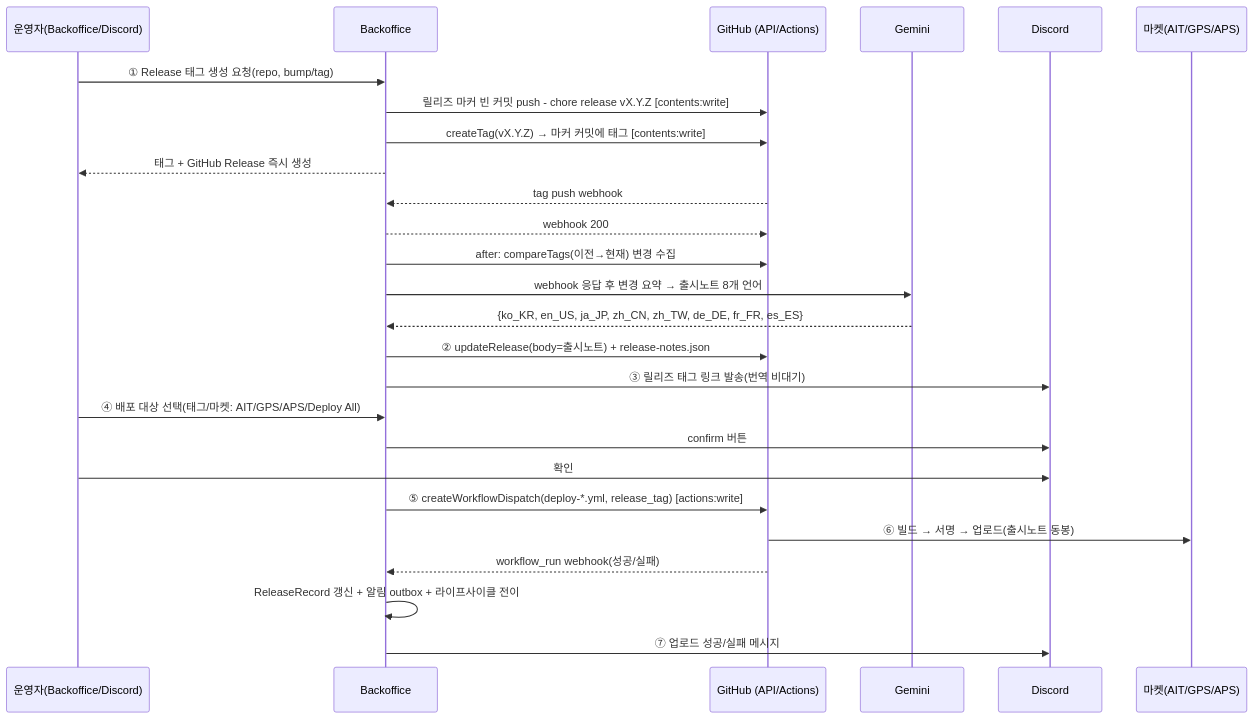
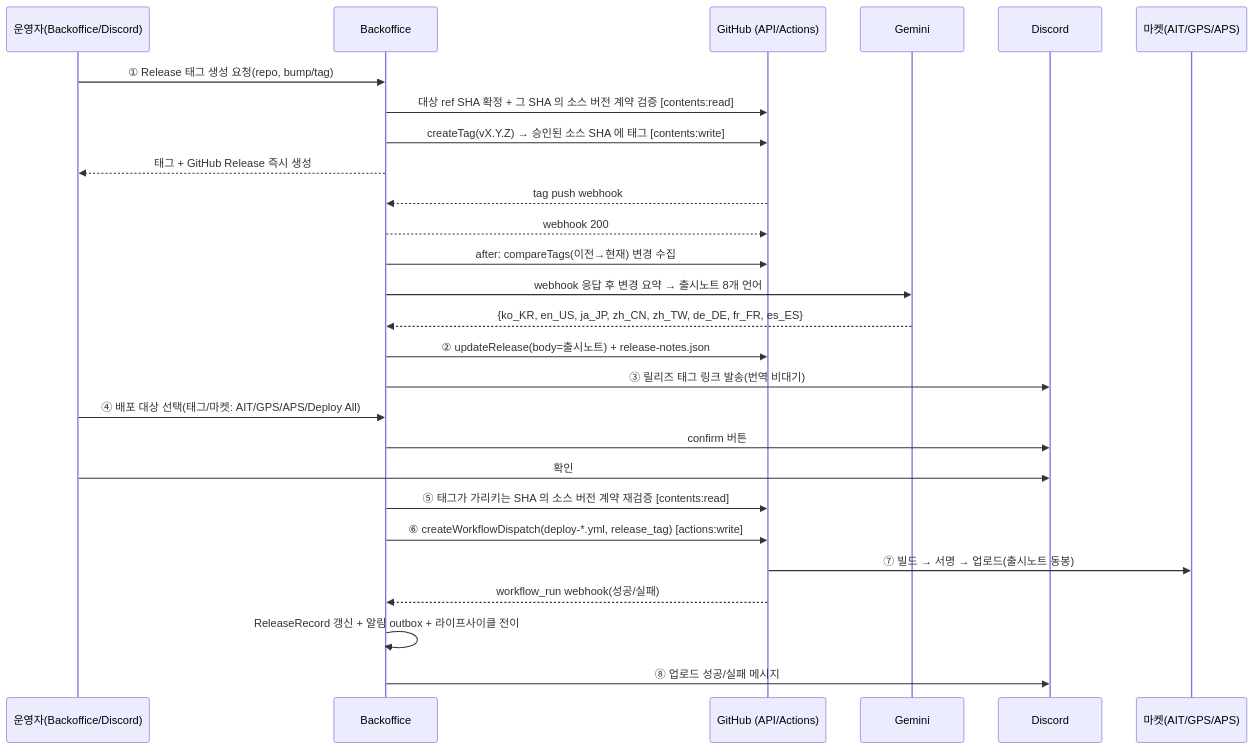
Before and after one commit to seorilabs/seorilabs-backoffice: the second of 3 diagrams in docs/ci-cd/org-cicd-release-system.md, drawn with Mermaid. The commit also changed other lines of this file and 16 other files, not shown here.

````diff
--- a/docs/ci-cd/org-cicd-release-system.md
+++ b/docs/ci-cd/org-cicd-release-system.md
@@ -211,29 +211,30 @@
 ```mermaid
 sequenceDiagram
     participant U as 운영자(Backoffice/Discord)
     participant BO as Backoffice
     participant GH as GitHub (API/Actions)
     participant AI as Gemini
     participant DC as Discord
     participant MK as 마켓(AIT/GPS/APS)
 
     U->>BO: ① Release 태그 생성 요청(repo, bump/tag)
-    BO->>GH: 릴리즈 마커 빈 커밋 push - chore release vX.Y.Z [contents:write]
-    BO->>GH: createTag(vX.Y.Z) → 마커 커밋에 태그 [contents:write]
+    BO->>GH: 대상 ref SHA 확정 + 그 SHA 의 소스 버전 계약 검증 [contents:read]
+    BO->>GH: createTag(vX.Y.Z) → 승인된 소스 SHA 에 태그 [contents:write]
     BO-->>U: 태그 + GitHub Release 즉시 생성
     GH-->>BO: tag push webhook
     BO-->>GH: webhook 200
     BO->>GH: after: compareTags(이전→현재) 변경 수집
     BO->>AI: webhook 응답 후 변경 요약 → 출시노트 8개 언어
     AI-->>BO: {ko_KR, en_US, ja_JP, zh_CN, zh_TW, de_DE, fr_FR, es_ES}
     BO->>GH: ② updateRelease(body=출시노트) + release-notes.json
     BO->>DC: ③ 릴리즈 태그 링크 발송(번역 비대기)
     U->>BO: ④ 배포 대상 선택(태그/마켓: AIT/GPS/APS/Deploy All)
     BO->>DC: confirm 버튼
     U->>DC: 확인
-    BO->>GH: ⑤ createWorkflowDispatch(deploy-*.yml, release_tag) [actions:write]
-    GH->>MK: ⑥ 빌드 → 서명 → 업로드(출시노트 동봉)
+    BO->>GH: ⑤ 태그가 가리키는 SHA 의 소스 버전 계약 재검증 [contents:read]
+    BO->>GH: ⑥ createWorkflowDispatch(deploy-*.yml, release_tag) [actions:write]
+    GH->>MK: ⑦ 빌드 → 서명 → 업로드(출시노트 동봉)
     GH-->>BO: workflow_run webhook(성공/실패)
     BO->>BO: ReleaseRecord 갱신 + 알림 outbox + 라이프사이클 전이
-    BO->>DC: ⑦ 업로드 성공/실패 메시지
+    BO->>DC: ⑧ 업로드 성공/실패 메시지
 ```
````
